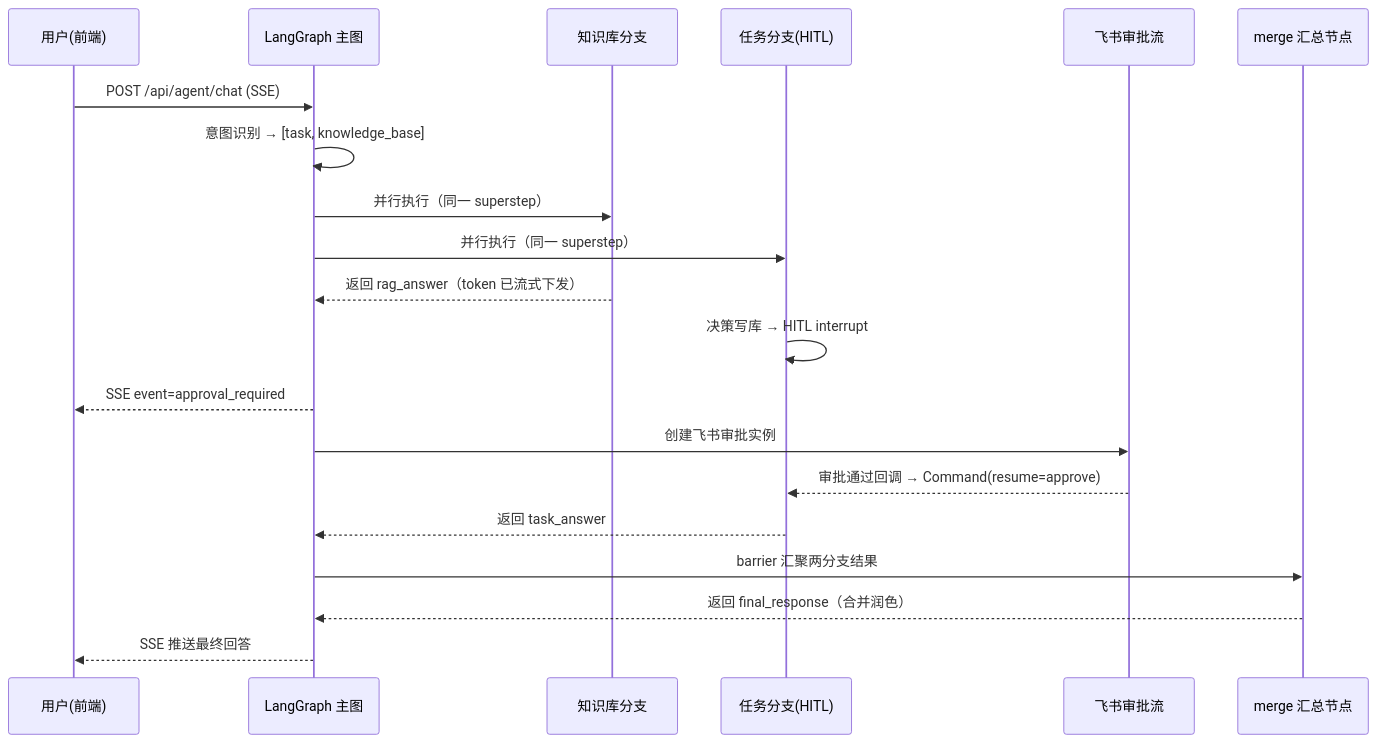
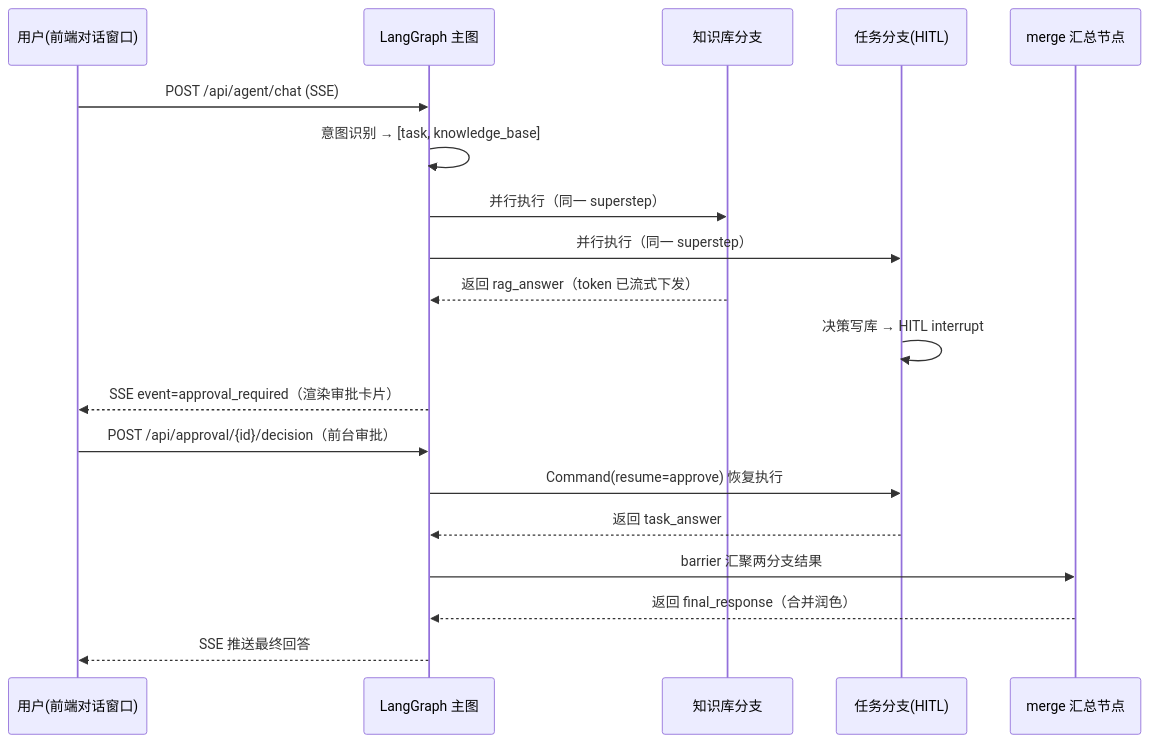
One commit to zzdcoder/lingxi-agent-new changed the seventh of 7 diagrams in docs/lingxi_agent_langgraph_redesign.md. Above: the diagram before and after it, drawn with Mermaid. The commit also changed other lines of this file and 19 other files, not shown here.

````diff
--- a/docs/lingxi_agent_langgraph_redesign.md
+++ b/docs/lingxi_agent_langgraph_redesign.md
@@ -571,23 +609,22 @@
 ```mermaid
 sequenceDiagram
-    participant U as 用户(前端)
+    participant U as 用户(前端对话窗口)
     participant G as LangGraph 主图
     participant K as 知识库分支
     participant T as 任务分支(HITL)
-    participant F as 飞书审批流
     participant M as merge 汇总节点
 
     U->>G: POST /api/agent/chat (SSE)
     G->>G: 意图识别 → [task, knowledge_base]
     G->>K: 并行执行（同一 superstep）
     G->>T: 并行执行（同一 superstep）
     K-->>G: 返回 rag_answer（token 已流式下发）
     T->>T: 决策写库 → HITL interrupt
-    G-->>U: SSE event=approval_required
-    G->>F: 创建飞书审批实例
-    F-->>T: 审批通过回调 → Command(resume=approve)
+    G-->>U: SSE event=approval_required（渲染审批卡片）
+    U->>G: POST /api/approval/{id}/decision（前台审批）
+    G->>T: Command(resume=approve) 恢复执行
     T-->>G: 返回 task_answer
     G->>M: barrier 汇聚两分支结果
     M-->>G: 返回 final_response（合并润色）
     G-->>U: SSE 推送最终回答
 ```
````
